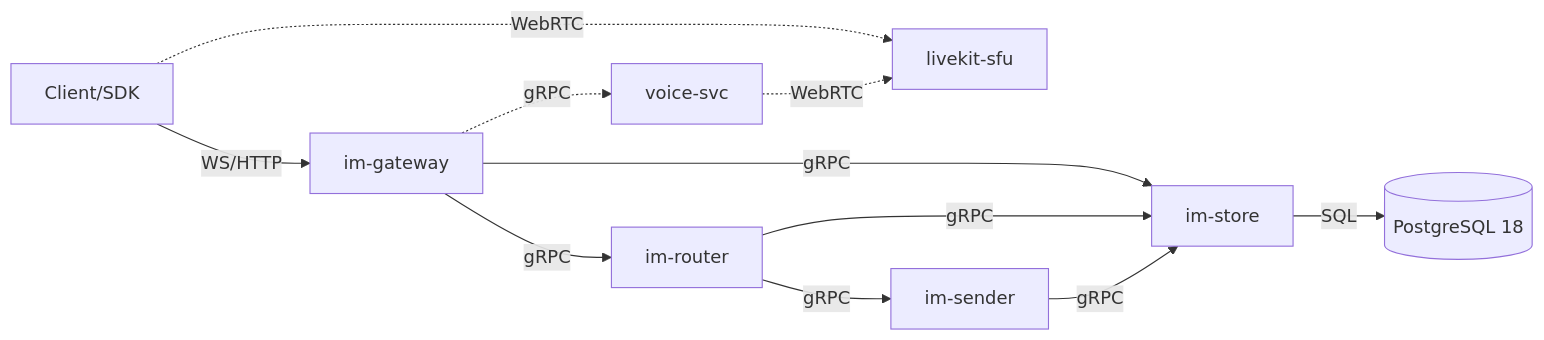
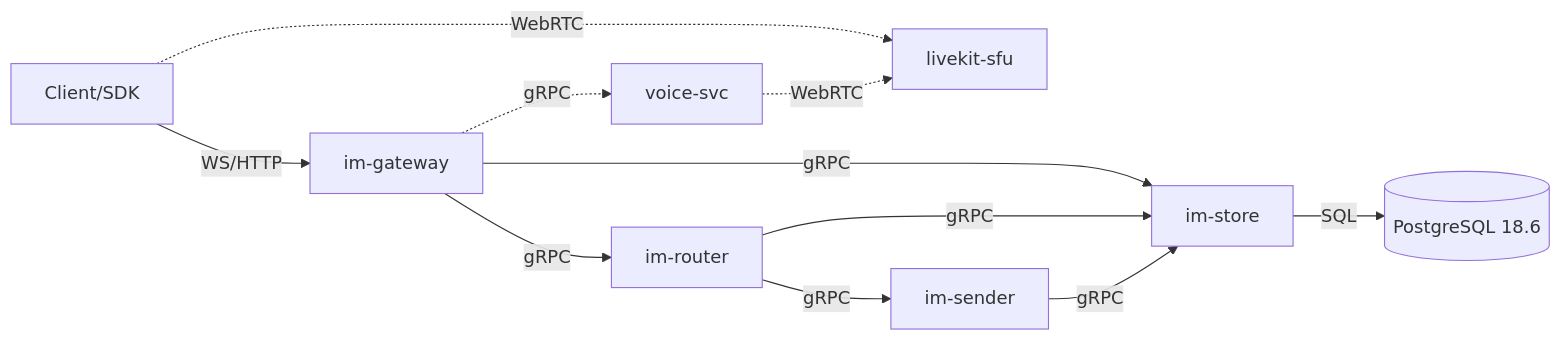
The first of 3 diagrams in docs/Observability.md (UlyssesLeoLee/IM1.0), drawn with Mermaid before and after one commit. The commit also changed other lines of this file and 9 other files, not shown here.

````diff
--- a/docs/Observability.md
+++ b/docs/Observability.md
@@ -65,13 +65,13 @@
 ```mermaid
 flowchart LR
     Client[Client/SDK] -->|WS/HTTP| GW[im-gateway]
     Client -.->|WebRTC| SFU[livekit-sfu]
     GW -->|gRPC| Router[im-router]
     GW -->|gRPC| Store[im-store]
     Router -->|gRPC| Store
     Router -->|gRPC| Sender[im-sender]
     Sender -->|gRPC| Store
     GW -.->|gRPC| Voice[voice-svc]
     Voice -.->|WebRTC| SFU
-    Store -->|SQL| PG[(PostgreSQL 18)]
+    Store -->|SQL| PG[(PostgreSQL 18.6)]
 ```
````
